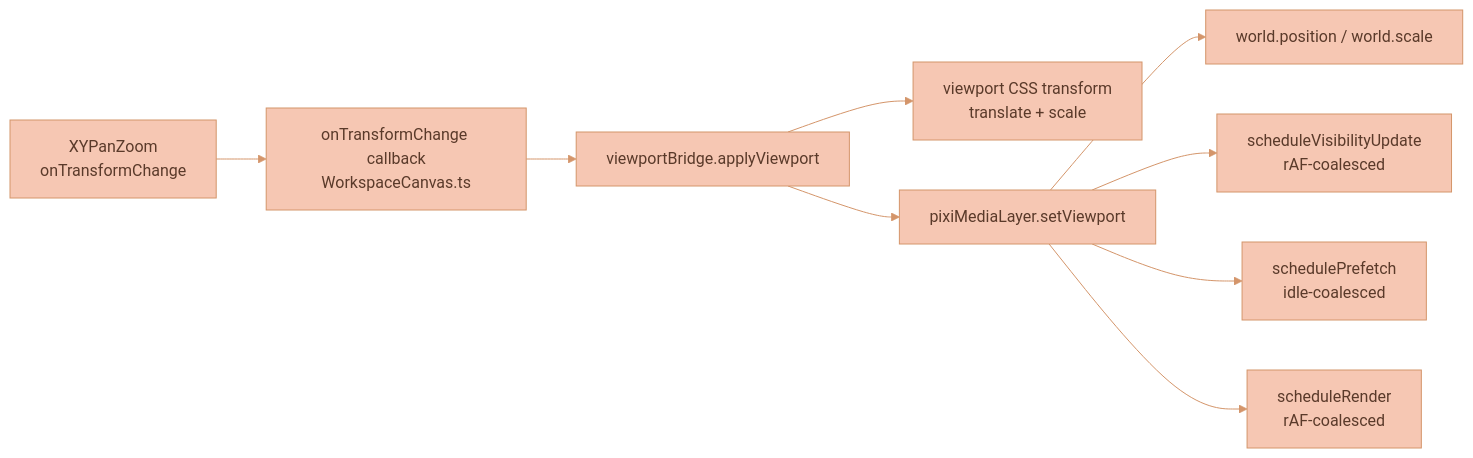
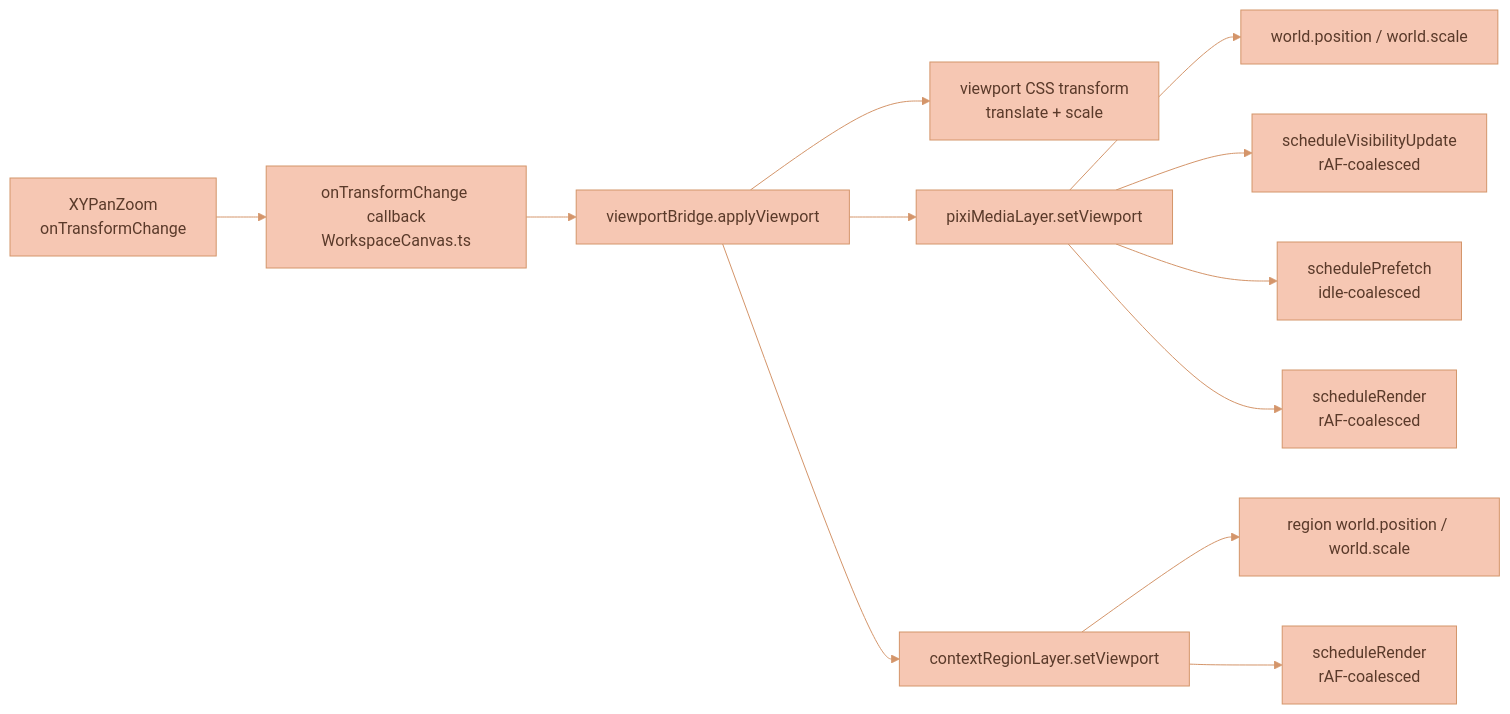
Before and after one commit to Lixpi/lixpi: the second of 4 diagrams in documentation/features/CANVAS-ENGINE.md, drawn with Mermaid. The commit also changed other lines of this file and 8 other files, not shown here.

Commit message:
Watercolor context region cloud checkpoint

````diff
--- a/documentation/features/CANVAS-ENGINE.md
+++ b/documentation/features/CANVAS-ENGINE.md
@@ -101,12 +112,15 @@
 ```mermaid
 %%{init: {'theme': 'base', 'themeVariables': { 'primaryColor': '#F6C7B3', 'primaryTextColor': '#5a3a2a', 'primaryBorderColor': '#d4956a', 'secondaryColor': '#C3DEDD', 'secondaryTextColor': '#1a3a47', 'secondaryBorderColor': '#4a8a9d', 'tertiaryColor': '#DCECE9', 'tertiaryTextColor': '#1a3a47', 'tertiaryBorderColor': '#82B2C0', 'lineColor': '#d4956a', 'textColor': '#5a3a2a'}}}%%
 flowchart LR
     XY[XYPanZoom<br/>onTransformChange] --> CB[onTransformChange callback<br/>WorkspaceCanvas.ts]
     CB --> VB[viewportBridge.applyViewport]
     VB --> CSS[viewport CSS transform<br/>translate + scale]
     VB --> PIXI[pixiMediaLayer.setViewport]
+    VB --> REGION[contextRegionLayer.setViewport]
     PIXI --> WORLD[world.position / world.scale]
     PIXI --> VIS[scheduleVisibilityUpdate<br/>rAF-coalesced]
     PIXI --> PRE[schedulePrefetch<br/>idle-coalesced]
     PIXI --> RND[scheduleRender<br/>rAF-coalesced]
+    REGION --> REGION_WORLD[region world.position / world.scale]
+    REGION --> REGION_RND[scheduleRender<br/>rAF-coalesced]
 ```
````
